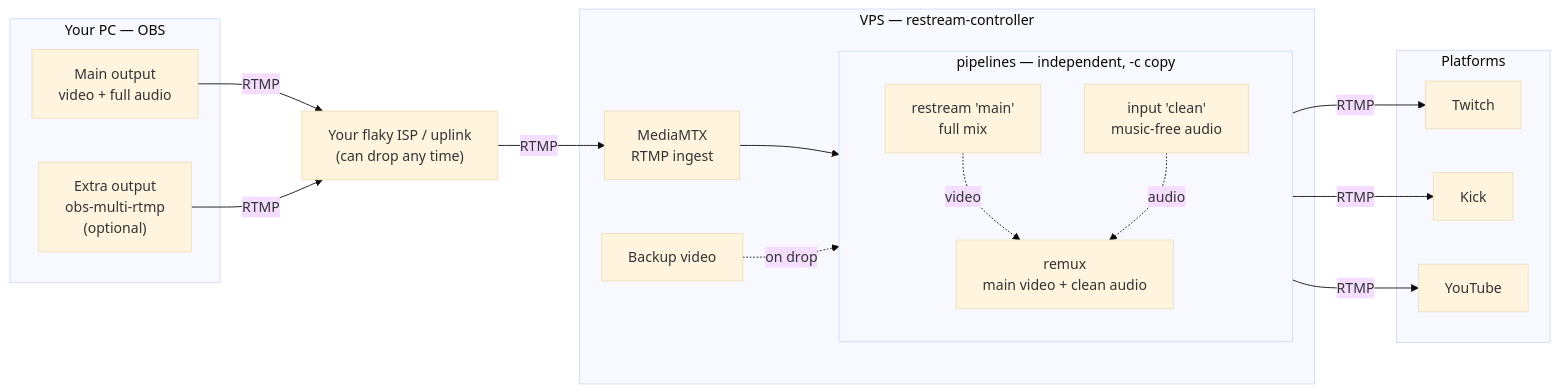
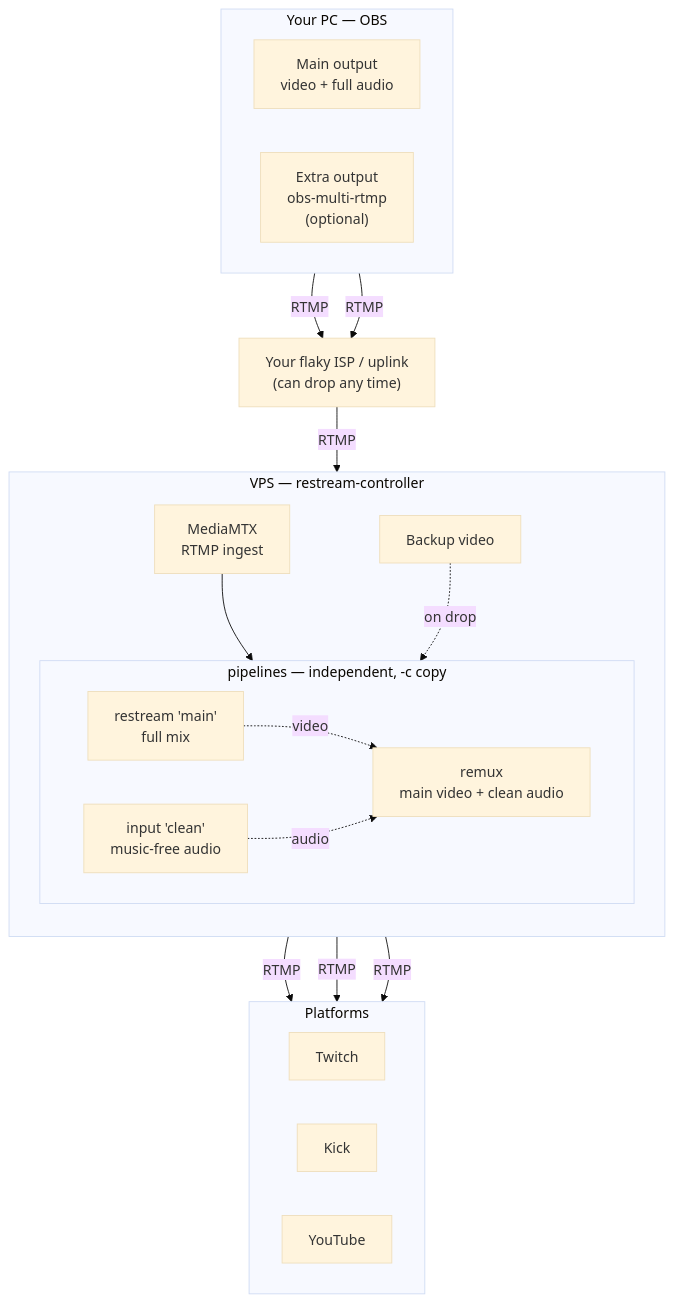
The diagram in README.md (stalexteam/restream), drawn with Mermaid (base theme) before and after one commit. The commit also changed other lines of this file and 1 other file, not shown here.

````diff
--- a/README.md
+++ b/README.md
@@ -3,38 +3,41 @@
 ```mermaid
-flowchart LR
+flowchart TB
   subgraph PC["Your PC — OBS"]
+    direction LR
     M["Main output<br/>video + full audio"]
     X["Extra output<br/>obs-multi-rtmp<br/>(optional)"]
   end
 
   NET["Your flaky ISP / uplink<br/>(can drop any time)"]
 
   subgraph VPS["VPS — restream-controller"]
+    direction TB
     I["MediaMTX<br/>RTMP ingest"]
     BK["Backup video"]
     subgraph PIPES["pipelines — independent, -c copy"]
-      direction TB
+      direction LR
       P1["restream 'main'<br/>full mix"]
       P2["input 'clean'<br/>music-free audio"]
       P3["remux<br/>main video + clean audio"]
       P1 -. video .-> P3
       P2 -. audio .-> P3
     end
     I --> PIPES
     BK -. on drop .-> PIPES
   end
 
   subgraph PLAT["Platforms"]
+    direction LR
     T["Twitch"]
     K["Kick"]
     Y["YouTube"]
   end
 
   M -- RTMP --> NET
   X -- RTMP --> NET
   NET -- RTMP --> I
 
   P1 -- RTMP --> T
   P1 -- RTMP --> K
   P3 -- RTMP --> Y
 ```
````
